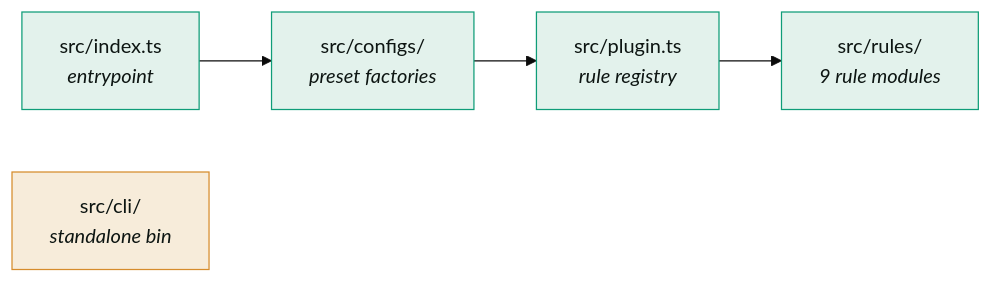
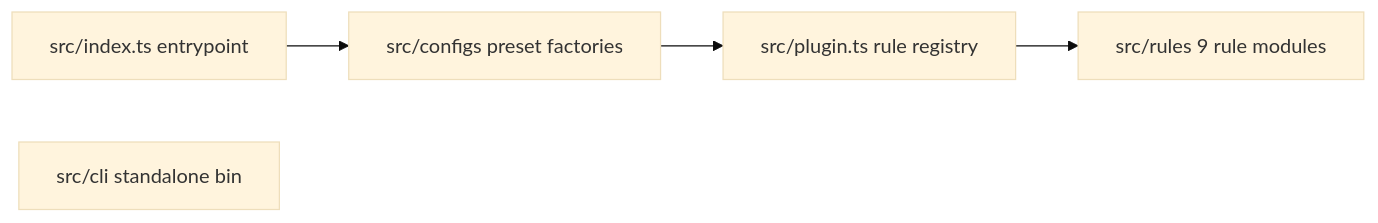
Before and after one commit to Disble/dlinter-ts-react: the first of 4 diagrams in docs/architecture.md, drawn with Mermaid (base theme). The commit also changed other lines of this file and 2 other files, not shown here.

First line of the commit message:
docs: use conservative mermaid syntax so diagrams render

````diff
--- a/docs/architecture.md
+++ b/docs/architecture.md
@@ -7,13 +7,7 @@
 ```mermaid
 flowchart LR
-    A["src/index.ts<br/><i>entrypoint</i>"] --> B["src/configs/<br/><i>preset factories</i>"]
-    B --> C["src/plugin.ts<br/><i>rule registry</i>"]
-    C --> D["src/rules/<br/><i>9 rule modules</i>"]
-    E["src/cli/<br/><i>standalone bin</i>"]
-
-    style A fill:#e3f2ec,stroke:#0f9d78,color:#0d1512
-    style B fill:#e3f2ec,stroke:#0f9d78,color:#0d1512
-    style C fill:#e3f2ec,stroke:#0f9d78,color:#0d1512
-    style D fill:#e3f2ec,stroke:#0f9d78,color:#0d1512
-    style E fill:#f7ecda,stroke:#d68c2c,color:#0d1512
+    A["src/index.ts entrypoint"] --> B["src/configs preset factories"]
+    B --> C["src/plugin.ts rule registry"]
+    C --> D["src/rules 9 rule modules"]
+    E["src/cli standalone bin"]
 ```
````
